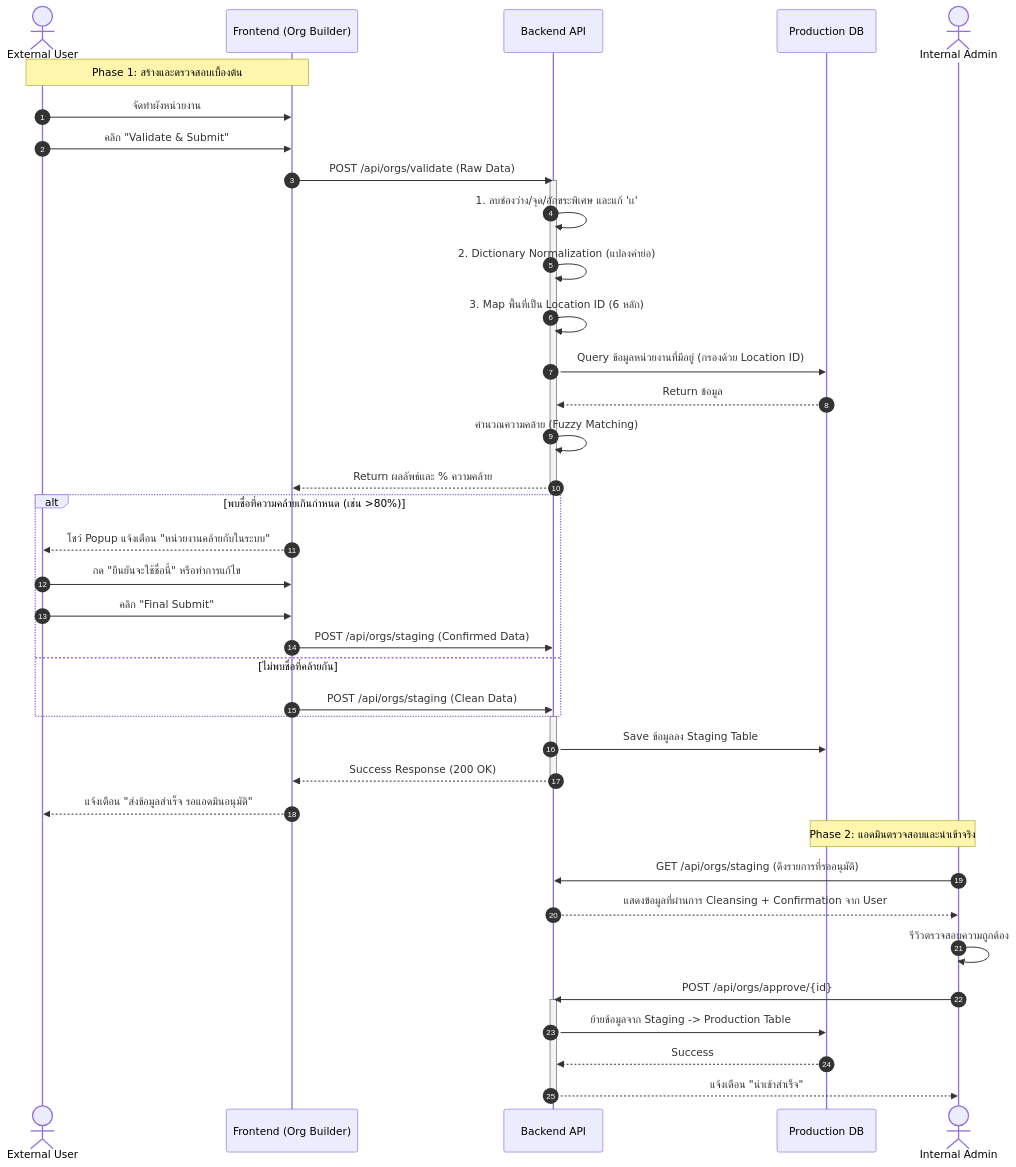
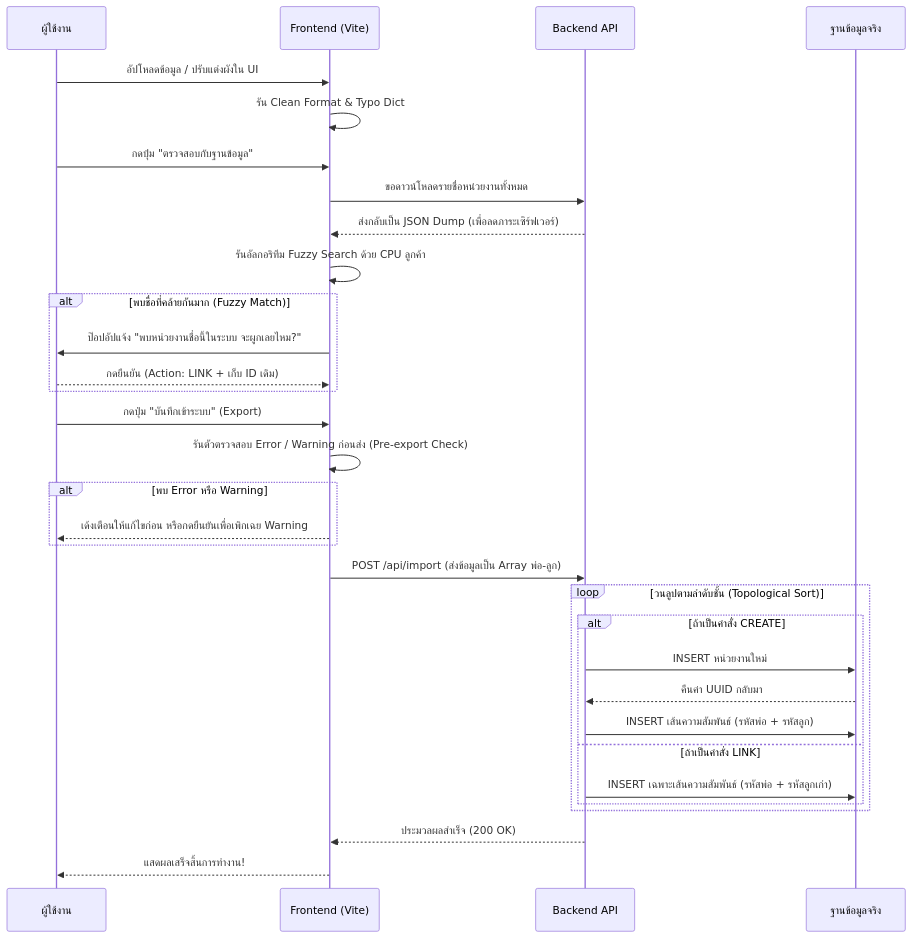
Before and after one commit to traffy-nectec/org-chart-creation: the second of 2 diagrams in README.md, drawn with Mermaid. The commit also changed other lines of this file, not shown here.

Commit message:
docs: update system architecture to E2E Contextual UX Pipeline

````diff
--- a/README.md
+++ b/README.md
@@ -107,50 +96,40 @@
 ```mermaid
 sequenceDiagram
-    autonumber
-    actor ExternalUser as External User
-    participant Frontend as Frontend (Org Builder)
+    participant User as ผู้ใช้งาน
+    participant Frontend as Frontend (Vite)
     participant Backend as Backend API
-    participant DB as Production DB
-    actor Admin as Internal Admin
+    participant DB as ฐานข้อมูลจริง
 
-    Note over ExternalUser,Frontend: Phase 1: สร้างและตรวจสอบเบื้องต้น
-    ExternalUser->>Frontend: จัดทำผังหน่วยงาน
-    ExternalUser->>Frontend: คลิก "Validate & Submit"
-    Frontend->>Backend: POST /api/orgs/validate (Raw Data)
+    User->>Frontend: อัปโหลดข้อมูล / ปรับแต่งผังใน UI
+    Frontend->>Frontend: รัน Clean Format & Typo Dict
+    User->>Frontend: กดปุ่ม "ตรวจสอบกับฐานข้อมูล"
+    Frontend->>Backend: ขอดาวน์โหลดรายชื่อหน่วยงานทั้งหมด
+    Backend-->>Frontend: ส่งกลับเป็น JSON Dump (เพื่อลดภาระเซิร์ฟเวอร์)
+    Frontend->>Frontend: รันอัลกอริทึม Fuzzy Search ด้วย CPU ลูกค้า
     
-    activate Backend
-    Backend->>Backend: 1. ลบช่องว่าง/จุด/อักขระพิเศษ และแก้ 'เเ'
-    Backend->>Backend: 2. Dictionary Normalization (แปลงคำย่อ)
-    Backend->>Backend: 3. Map พื้นที่เป็น Location ID (6 หลัก)
-    Backend->>DB: Query ข้อมูลหน่วยงานที่มีอยู่ (กรองด้วย Location ID)
-    DB-->>Backend: Return ข้อมูล
-    Backend->>Backend: คำนวณความคล้าย (Fuzzy Matching)
-    Backend-->>Frontend: Return ผลลัพธ์และ % ความคล้าย
-    deactivate Backend
-    
-    alt พบชื่อที่ความคล้ายเกินกำหนด (เช่น >80%)
-        Frontend-->>ExternalUser: โชว์ Popup แจ้งเตือน "หน่วยงานคล้ายกับในระบบ"
-        ExternalUser->>Frontend: กด "ยืนยันจะใช้ชื่อนี้" หรือทำการแก้ไข
-        ExternalUser->>Frontend: คลิก "Final Submit"
-        Frontend->>Backend: POST /api/orgs/staging (Confirmed Data)
-    else ไม่พบชื่อที่คล้ายกัน
-        Frontend->>Backend: POST /api/orgs/staging (Clean Data)
+    alt พบชื่อที่คล้ายกันมาก (Fuzzy Match)
+        Frontend->>User: ป๊อปอัปแจ้ง "พบหน่วยงานชื่อนี้ในระบบ จะผูกเลยไหม?"
+        User-->>Frontend: กดยืนยัน (Action: LINK + เก็บ ID เดิม)
     end
     
-    activate Backend
-    Backend->>DB: Save ข้อมูลลง Staging Table
-    Backend-->>Frontend: Success Response (200 OK)
-    deactivate Backend
-    Frontend-->>ExternalUser: แจ้งเตือน "ส่งข้อมูลสำเร็จ รอแอดมินอนุมัติ"
-
-    Note over Admin,DB: Phase 2: แอดมินตรวจสอบและนำเข้าจริง
-    Admin->>Backend: GET /api/orgs/staging (ดึงรายการที่รออนุมัติ)
-    Backend-->>Admin: แสดงข้อมูลที่ผ่านการ Cleansing + Confirmation จาก User
-    Admin->>Admin: รีวิวตรวจสอบความถูกต้อง
-    Admin->>Backend: POST /api/orgs/approve/{id}
-    activate Backend
-    Backend->>DB: ย้ายข้อมูลจาก Staging -> Production Table
-    DB-->>Backend: Success
-    Backend-->>Admin: แจ้งเตือน "นำเข้าสำเร็จ"
-    deactivate Backend
+    User->>Frontend: กดปุ่ม "บันทึกเข้าระบบ" (Export)
+    Frontend->>Frontend: รันตัวตรวจสอบ Error / Warning ก่อนส่ง (Pre-export Check)
+    alt พบ Error หรือ Warning 
+        Frontend-->>User: เด้งเตือนให้แก้ไขก่อน หรือกดยืนยันเพื่อเพิกเฉย Warning
+    end
+    
+    Frontend->>Backend: POST /api/import (ส่งข้อมูลเป็น Array พ่อ-ลูก)
+    
+    loop วนลูปตามลำดับชั้น (Topological Sort)
+        alt ถ้าเป็นคำสั่ง CREATE
+            Backend->>DB: INSERT หน่วยงานใหม่
+            DB-->>Backend: คืนค่า UUID กลับมา
+            Backend->>DB: INSERT เส้นความสัมพันธ์ (รหัสพ่อ + รหัสลูก)
+        else ถ้าเป็นคำสั่ง LINK
+            Backend->>DB: INSERT เฉพาะเส้นความสัมพันธ์ (รหัสพ่อ + รหัสลูกเก่า)
+        end
+    end
+    
+    Backend-->>Frontend: ประมวลผลสำเร็จ (200 OK)
+    Frontend-->>User: แสดผลเสร็จสิ้นการทำงาน!
 ```
````
